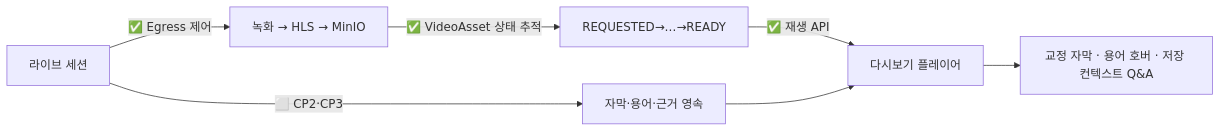
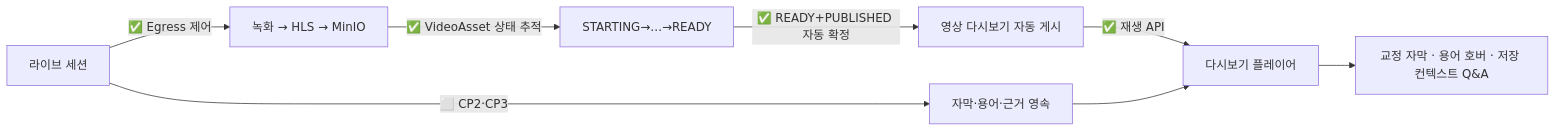
The sixth of 7 diagrams in docs/ARCHITECTURE.md (thdwjdrl401/jiphyeonjeon), drawn with Mermaid before and after one commit. The commit also changed other lines of this file and 9 other files, not shown here.

````diff
--- a/docs/ARCHITECTURE.md
+++ b/docs/ARCHITECTURE.md
@@ -250,9 +250,10 @@
 ```mermaid
 flowchart LR
   L["라이브 세션"] -->|"✅ Egress 제어"| EG["녹화 → HLS → MinIO"]
   L -->|"⬜ CP2·CP3"| DB["자막·용어·근거 영속"]
-  EG -->|"✅ VideoAsset 상태 추적"| VA["REQUESTED→…→READY"]
-  VA -->|"✅ 재생 API"| RP["다시보기 플레이어"]
+  EG -->|"✅ VideoAsset 상태 추적"| VA["STARTING→…→READY"]
+  VA -->|"✅ READY+PUBLISHED 자동 확정"| PUB["영상 다시보기 자동 게시"]
+  PUB -->|"✅ 재생 API"| RP["다시보기 플레이어"]
   DB --> RP
   RP --> DONE["교정 자막 · 용어 호버 · 저장 컨텍스트 Q&A"]
 ```
````
